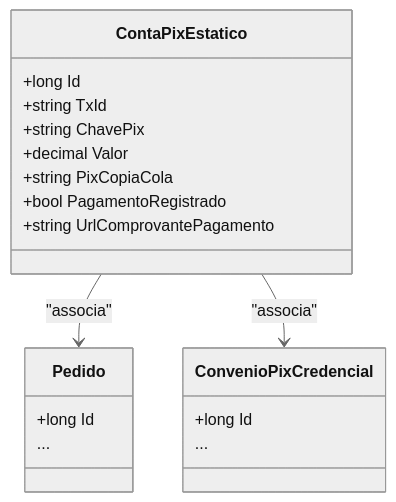
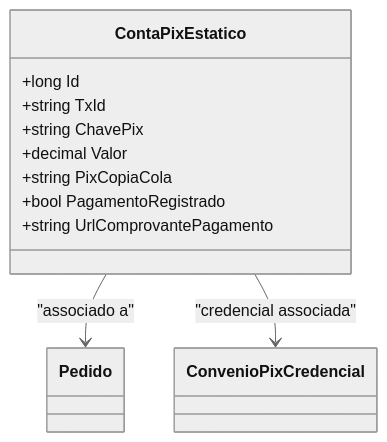
One commit to IsthmusSistemas/documentacao-tecnica changed the second of 2 diagrams in docs/b2b-dominio/IsthmusWinthor.Nucleo/IsthmusWinthor.Dominio/Entidades/ContaPixEstatico.md. Above: the diagram before and after it, drawn with Mermaid (neutral theme). The commit also changed other lines of this file and 882 other files, not shown here.

````diff
--- a/docs/b2b-dominio/IsthmusWinthor.Nucleo/IsthmusWinthor.Dominio/Entidades/ContaPixEstatico.md
+++ b/docs/b2b-dominio/IsthmusWinthor.Nucleo/IsthmusWinthor.Dominio/Entidades/ContaPixEstatico.md
@@ -23,22 +40,18 @@
 ```mermaid
 classDiagram
     class ContaPixEstatico {
         +long Id
         +string TxId
         +string ChavePix
         +decimal Valor
         +string PixCopiaCola
         +bool PagamentoRegistrado
         +string UrlComprovantePagamento
     }
-    class Pedido {
-        +long Id
-        ...
-    }
-    class ConvenioPixCredencial {
-        +long Id
-        ...
-    }
-    ContaPixEstatico --> Pedido : "associa"
-    ContaPixEstatico --> ConvenioPixCredencial : "associa"
+    
+    class Pedido {}
+    class ConvenioPixCredencial {}
+
+    ContaPixEstatico --> Pedido : "associado a"
+    ContaPixEstatico --> ConvenioPixCredencial : "credencial associada"
 ```
````
